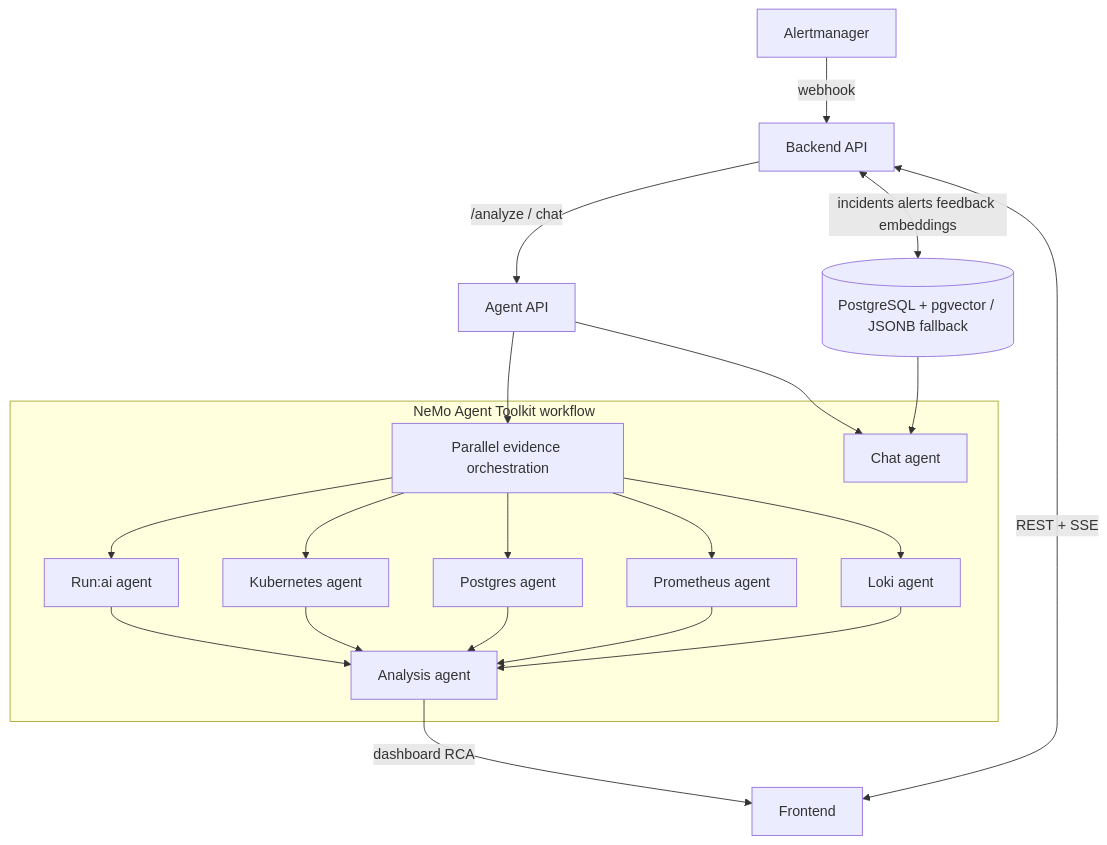
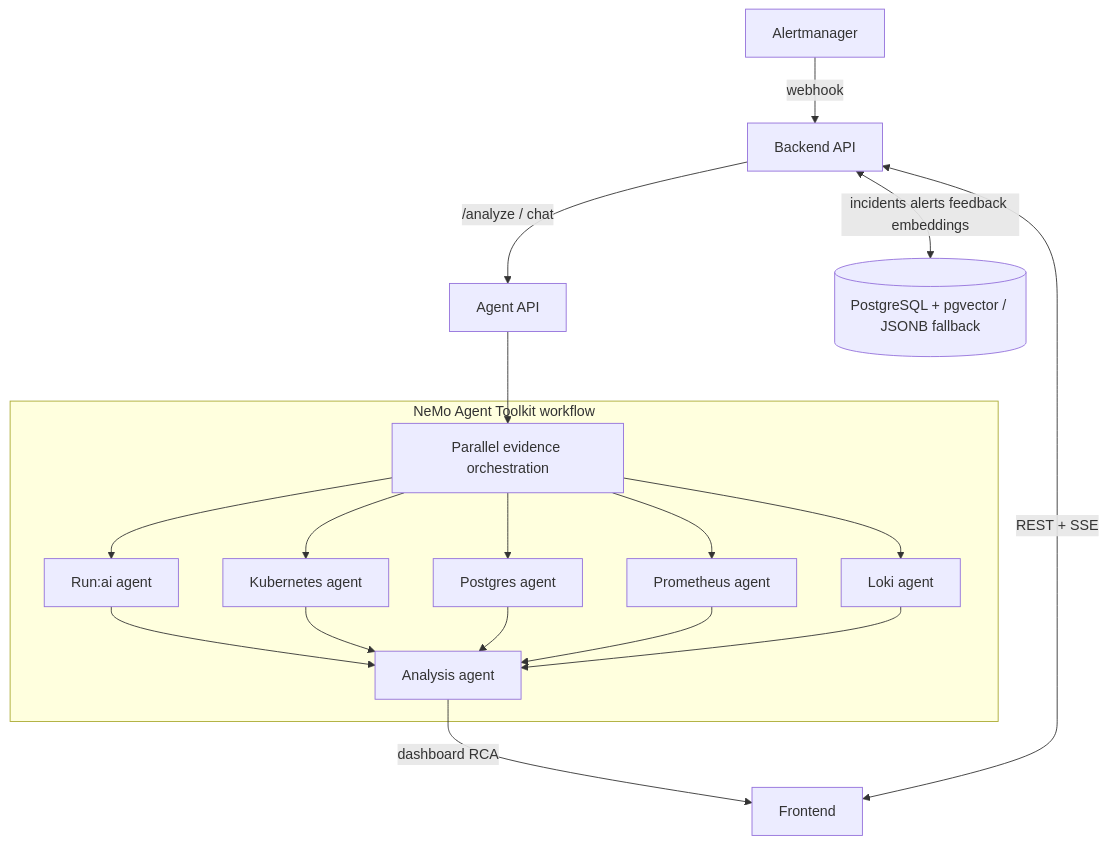
Before and after one commit to uclix-nvidia-sw/runaiRCA: the diagram in README.md, drawn with Mermaid. The commit also changed other lines of this file, not shown here.

````diff
--- a/README.md
+++ b/README.md
@@ -35,33 +23,22 @@
 ```mermaid
 flowchart TD
   AM[Alertmanager] -->|webhook| BE[Backend API]
   FE[Frontend] <-->|REST + SSE| BE
   BE -->|/analyze / chat| AG[Agent API]
   BE <-->|incidents alerts feedback embeddings| DB[(PostgreSQL + pgvector / JSONB fallback)]
 
   subgraph "NeMo Agent Toolkit workflow"
     ORCH[Parallel evidence orchestration]
     RA[Run:ai agent]
     KA[Kubernetes agent]
     DBA[Postgres agent]
     PA[Prometheus agent]
     LA[Loki agent]
     AA[Analysis agent]
-    CA[Chat agent]
   end
 
   AG --> ORCH
-  ORCH --> RA
-  ORCH --> KA
-  ORCH --> DBA
-  ORCH --> PA
-  ORCH --> LA
-  RA --> AA
-  KA --> AA
-  DBA --> AA
-  PA --> AA
-  LA --> AA
+  ORCH --> RA & KA & DBA & PA & LA
+  RA & KA & DBA & PA & LA --> AA
   AA -->|dashboard RCA| FE
-  DB --> CA
-  AG --> CA
 ```
````
